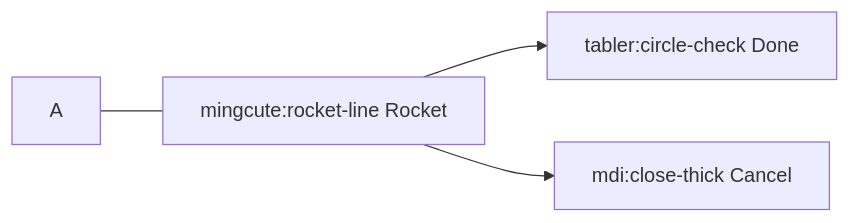
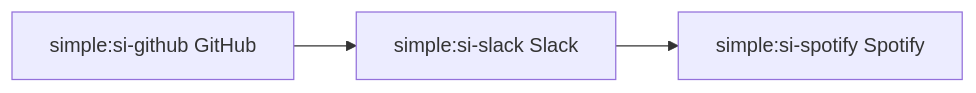
One commit to aerdman1/Erd-Docs changed the diagram in docs/MDX/simple-banner/test.md. Above: the diagram before and after it, drawn with Mermaid. The commit also changed other lines of this file, not shown here.

````diff
--- a/docs/MDX/simple-banner/test.md
+++ b/docs/MDX/simple-banner/test.md
@@ -9,7 +13,6 @@
 ```mermaid
 flowchart LR
-  A --- B[mingcute:rocket-line Rocket]
-  B --> C[tabler:circle-check Done]
-  B --> D[mdi:close-thick Cancel]
+  A[simple:si-github GitHub] --> B[simple:si-slack Slack]
+  B --> C[simple:si-spotify Spotify]
 
 ```
````
